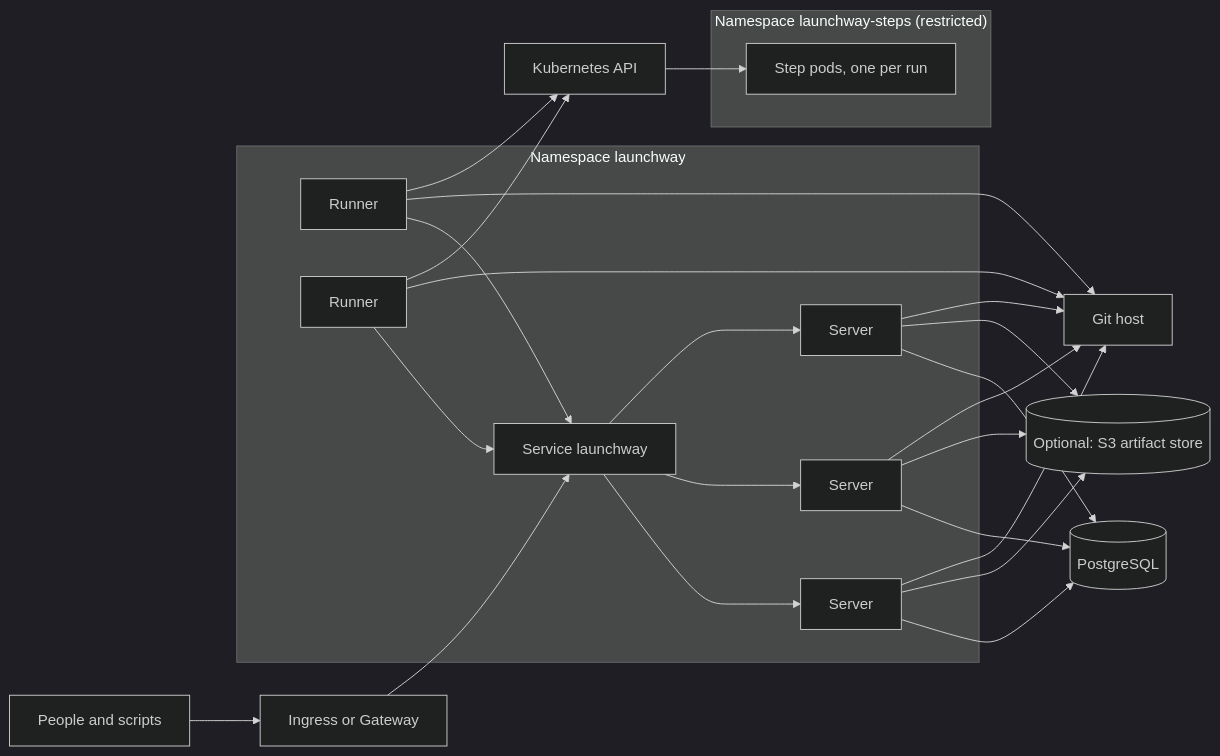
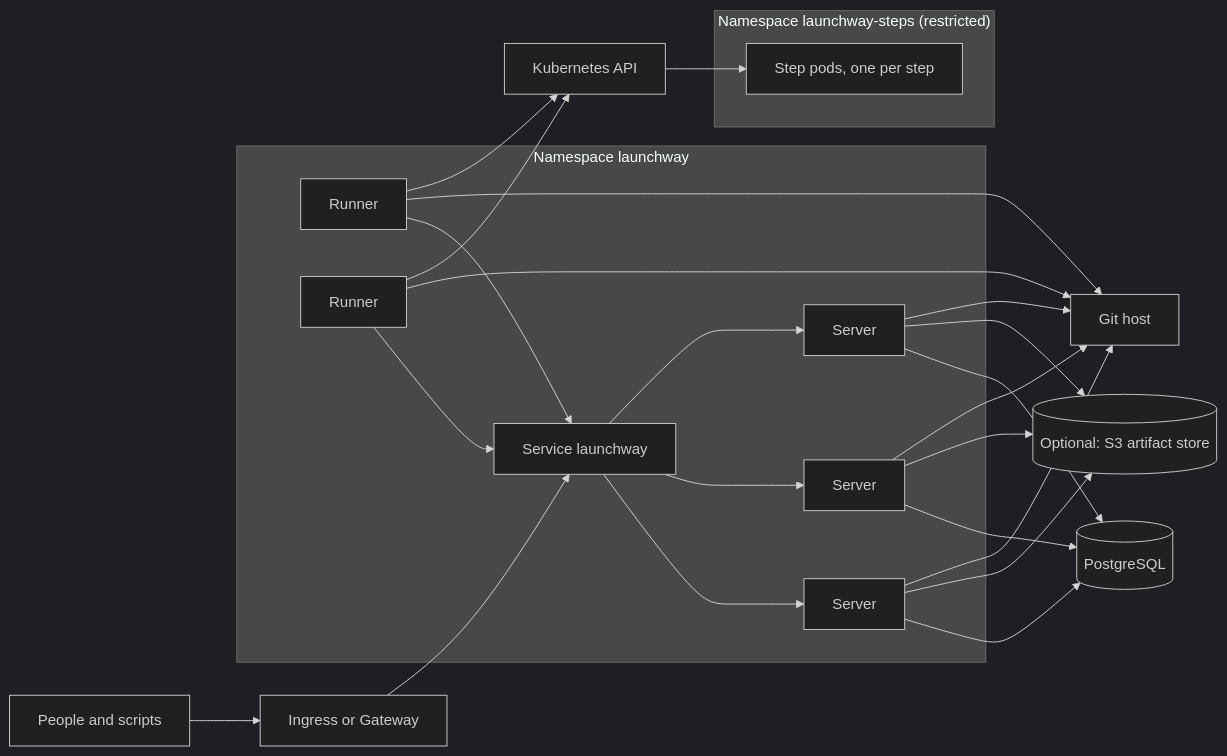
The diagram in docs/howto/install-kubernetes.md (JK-Magic-Creations/launchway), drawn with Mermaid (dark theme) before and after one commit. The commit also changed other lines of this file and 53 other files, not shown here.

First line of the commit message:
Kubernetes executor: one pod for each step attempt (stage 1 of automatic resources)

````diff
--- a/docs/howto/install-kubernetes.md
+++ b/docs/howto/install-kubernetes.md
@@ -43,21 +43,21 @@
 ```mermaid
 flowchart LR
   user["People and scripts"] --> lb["Ingress or Gateway"]
   lb --> svc["Service launchway"]
   subgraph ns["Namespace launchway"]
     svc --> s1["Server"]
     svc --> s2["Server"]
     svc --> s3["Server"]
     r1["Runner"] --> svc
     r2["Runner"] --> svc
   end
   s1 & s2 & s3 --> db[("PostgreSQL")]
   s1 & s2 & s3 --> obj[("Optional: S3 artifact store")]
   s1 & s2 & s3 --> git["Git host"]
   r1 & r2 --> git
   r1 & r2 --> api["Kubernetes API"]
   api --> pods
   subgraph steps["Namespace launchway-steps (restricted)"]
-    pods["Step pods, one per run"]
+    pods["Step pods, one per step"]
   end
 ```
````
